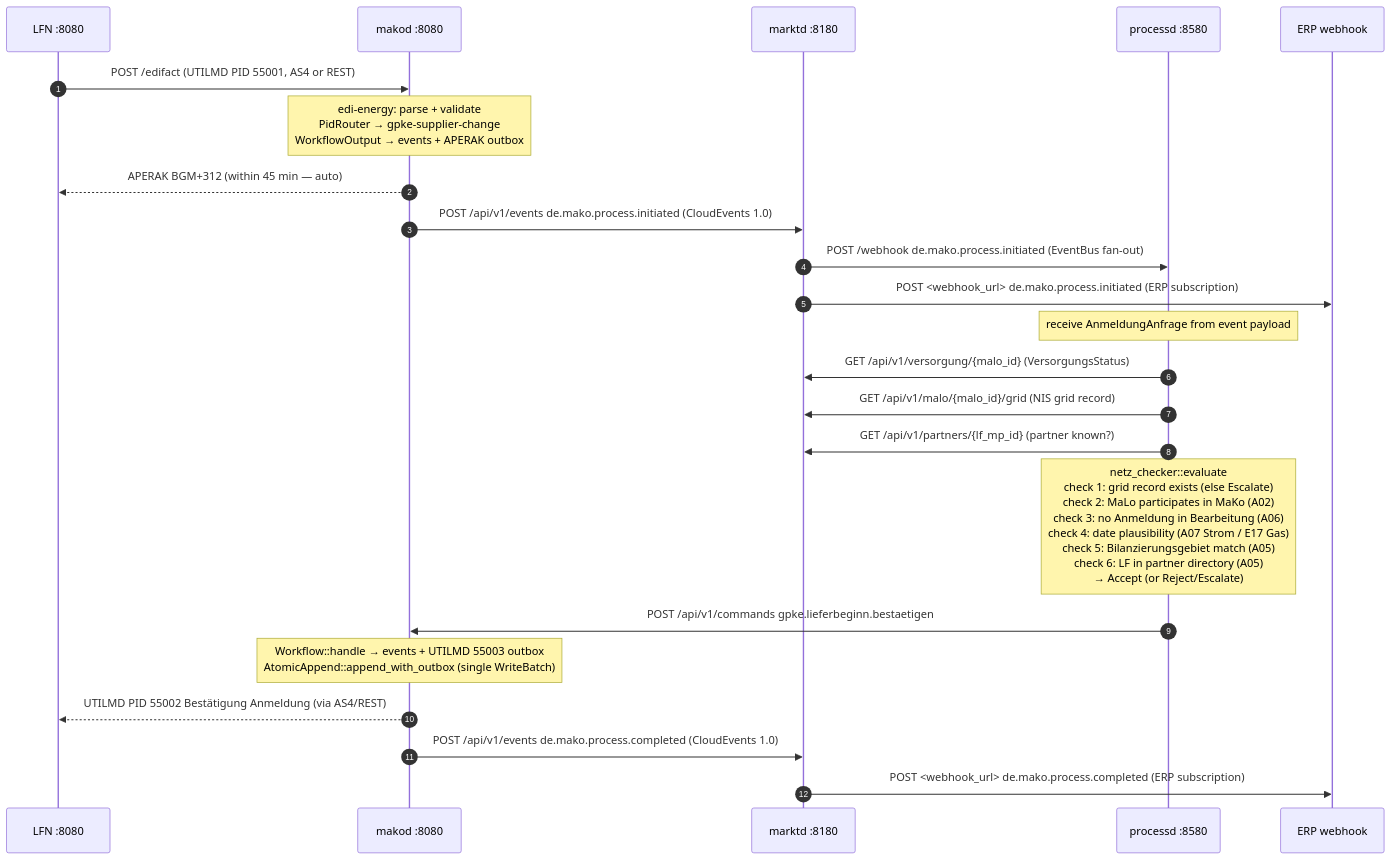
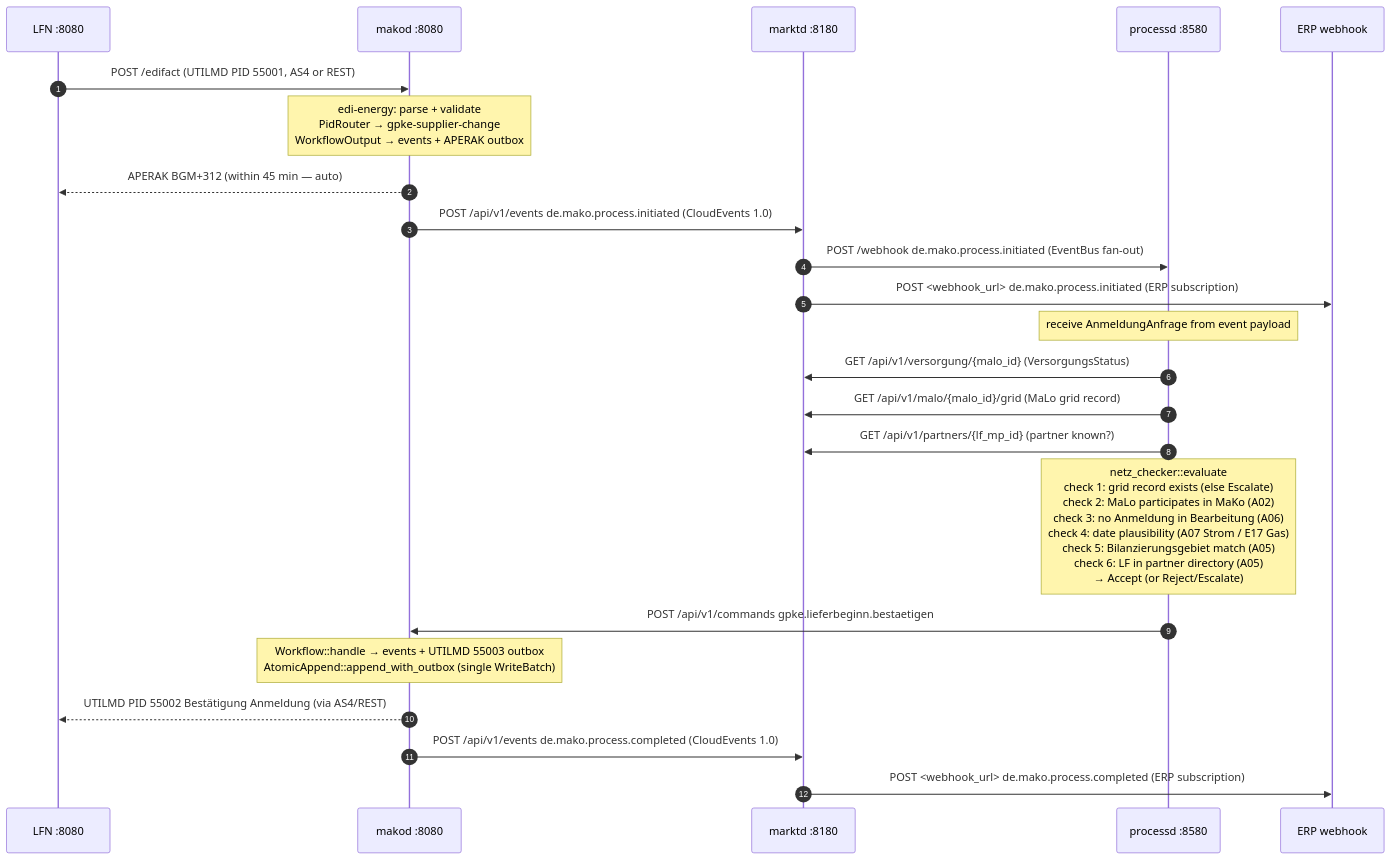
The fifth of 5 diagrams in site/content/docs/architecture/_index.md (hupe1980/mako), drawn with Mermaid before and after one commit. The commit also changed other lines of this file and 164 other files, not shown here.

````diff
--- a/site/content/docs/architecture/_index.md
+++ b/site/content/docs/architecture/_index.md
@@ -512,27 +524,27 @@
 ```mermaid
 sequenceDiagram
     autonumber
     participant LF as LFN :8080
     participant makod as makod :8080
     participant marktd as marktd :8180
     participant processd as processd :8580
     participant erp as ERP webhook
 
     LF->>makod: POST /edifact  (UTILMD PID 55001, AS4 or REST)
     Note over makod: edi-energy: parse + validate<br/>PidRouter → gpke-supplier-change<br/>WorkflowOutput → events + APERAK outbox
     makod-->>LF: APERAK BGM+312 (within 45 min — auto)
     makod->>marktd: POST /api/v1/events  de.mako.process.initiated  (CloudEvents 1.0)
     marktd->>processd: POST /webhook  de.mako.process.initiated  (EventBus fan-out)
     marktd->>erp: POST <webhook_url>  de.mako.process.initiated  (ERP subscription)
 
     Note over processd: receive AnmeldungAnfrage from event payload
     processd->>marktd: GET /api/v1/versorgung/{malo_id}  (VersorgungsStatus)
-    processd->>marktd: GET /api/v1/malo/{malo_id}/grid  (NIS grid record)
+    processd->>marktd: GET /api/v1/malo/{malo_id}/grid  (MaLo grid record)
     processd->>marktd: GET /api/v1/partners/{lf_mp_id}  (partner known?)
     Note over processd: netz_checker::evaluate<br/>check 1: grid record exists (else Escalate)<br/>check 2: MaLo participates in MaKo (A02)<br/>check 3: no Anmeldung in Bearbeitung (A06)<br/>check 4: date plausibility (A07 Strom / E17 Gas)<br/>check 5: Bilanzierungsgebiet match (A05)<br/>check 6: LF in partner directory (A05)<br/>→ Accept (or Reject/Escalate)
     processd->>makod: POST /api/v1/commands  gpke.lieferbeginn.bestaetigen
     Note over makod: Workflow::handle → events + UTILMD 55003 outbox<br/>AtomicAppend::append_with_outbox (single WriteBatch)
     makod-->>LF: UTILMD PID 55002 Bestätigung Anmeldung (via AS4/REST)
     makod->>marktd: POST /api/v1/events  de.mako.process.completed  (CloudEvents 1.0)
     marktd->>erp: POST <webhook_url>  de.mako.process.completed  (ERP subscription)
 ```
````
